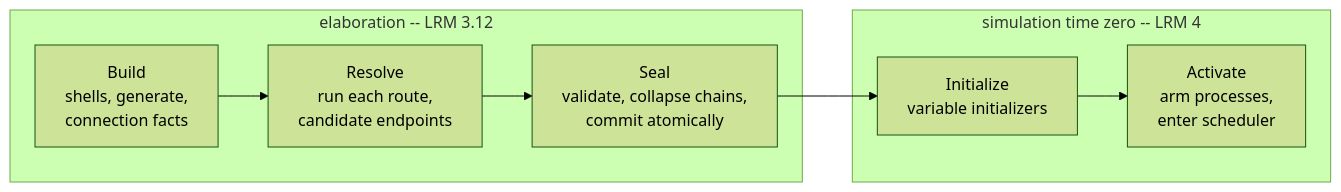
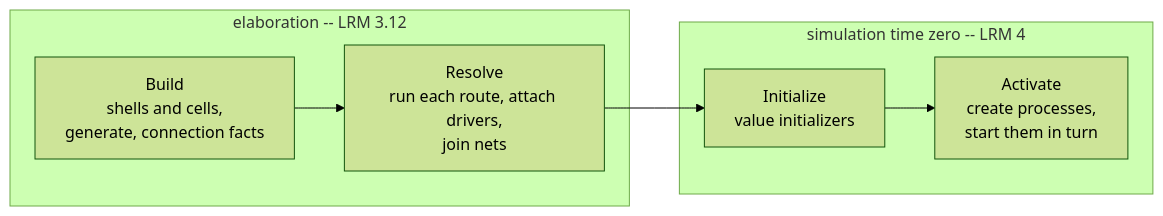
Before and after one commit to hankhsu1996/lyra: the diagram in docs/architecture/elaboration_lifecycle.md, drawn with Mermaid (forest theme). The commit also changed other lines of this file and 332 other files, not shown here.

````diff
--- a/docs/architecture/elaboration_lifecycle.md
+++ b/docs/architecture/elaboration_lifecycle.md
@@ -58,11 +64,10 @@
 ```mermaid
 flowchart LR
   subgraph elab [elaboration -- LRM 3.12]
-    B[Build<br/>shells, generate,<br/>connection facts] --> R[Resolve<br/>run each route,<br/>candidate endpoints]
-    R --> S[Seal<br/>validate, collapse chains,<br/>commit atomically]
+    B[Build<br/>shells and cells,<br/>generate, connection facts] --> R[Resolve<br/>run each route, attach drivers,<br/>join nets]
   end
   subgraph sim [simulation time zero -- LRM 4]
-    I[Initialize<br/>variable initializers] --> A[Activate<br/>arm processes,<br/>enter scheduler]
+    I[Initialize<br/>value initializers] --> A[Activate<br/>create processes,<br/>start them in turn]
   end
-  S --> I
+  R --> I
 ```
````
